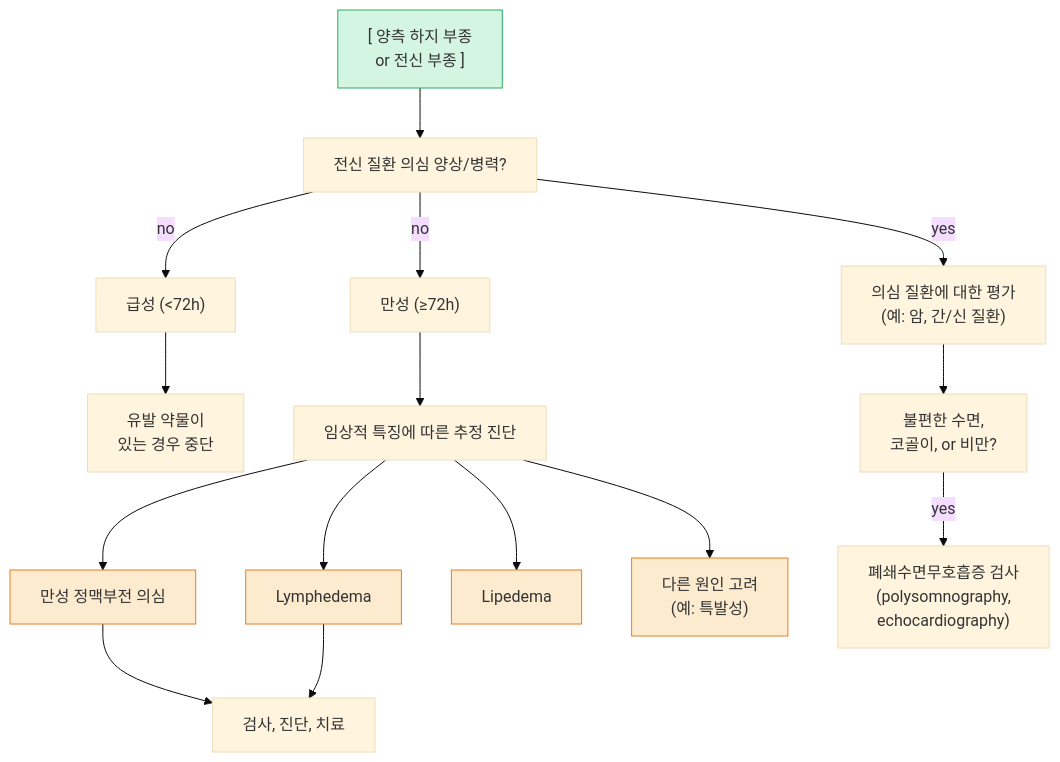
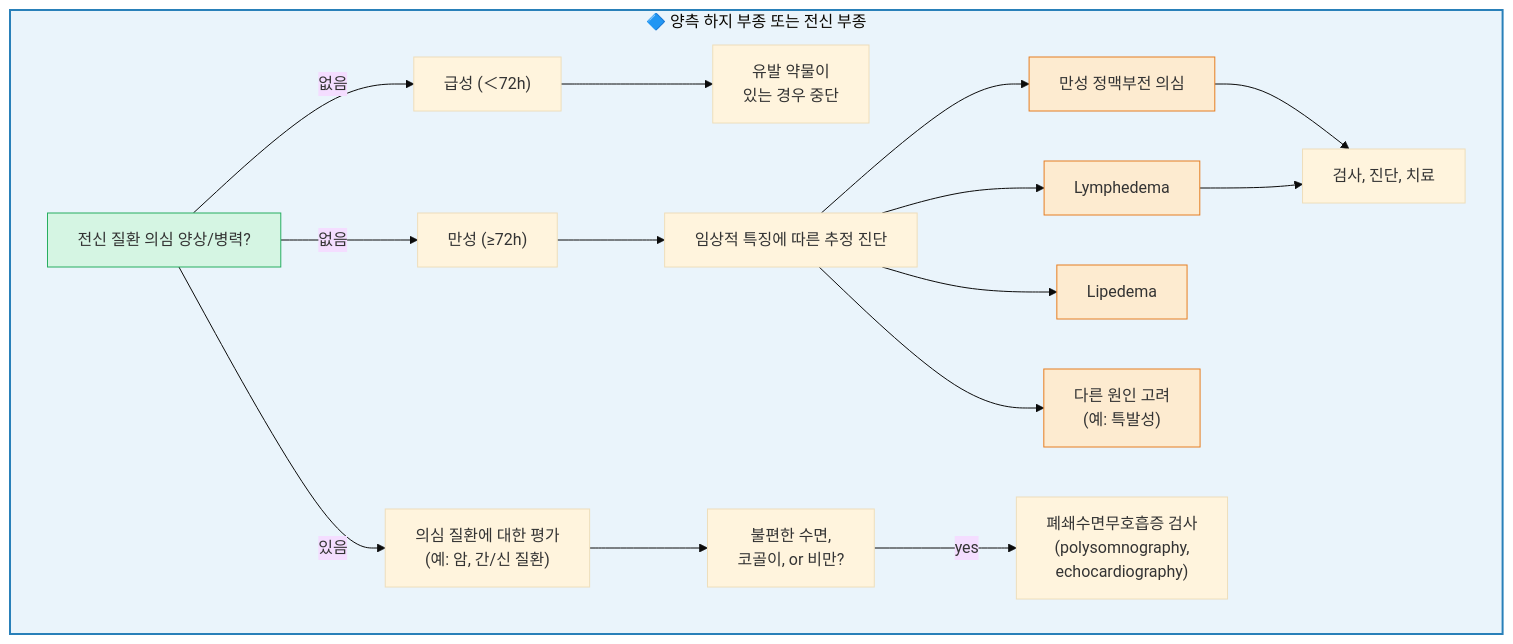
The third of 4 diagrams in 220_/012_-edema.md (familyoh77/familyoh77), drawn with Mermaid (base theme) before and after one commit. The commit also changed other lines of this file, not shown here.

````diff
--- a/220_/012_-edema.md
+++ b/220_/012_-edema.md
@@ -201,27 +225,31 @@
 ```mermaid
 graph TD
-    START["[ 양측 하지 부종 <br/>or 전신 부종 ]"] --> A["전신 질환 의심 양상/병력?"]
-    
-    A -- "no" --> B1["급성 (<72h)"]
-    A -- "no" --> B2["만성 (≥72h)"]
-    
-    B1 --> C1["유발 약물이<br/>있는 경우 중단"]
-    
-    B2 --> C2["임상적 특징에 따른 추정 진단"]
-    C2 --> D1["만성 정맥부전 의심"]
-    C2 --> D2["Lymphedema"]
-    C2 --> D3["Lipedema"]
-    C2 --> D4["다른 원인 고려<br/>(예: 특발성)"]
-    
-    D1 & D2 --> E1["검사, 진단, 치료"]
-    
-    A -- "yes" --> B3["의심 질환에 대한 평가<br/>(예: 암, 간/신 질환)"]
-    B3 --> C3["불편한 수면,<br/>코골이, or 비만?"]
-    C3 -- "yes" --> D5["폐쇄수면무호흡증 검사<br/>(polysomnography,<br/>echocardiography)"]
+    subgraph SG3["🔷 양측 하지 부종 또는 전신 부종"]
+        A3["전신 질환 의심 양상/병력?"]
+        A3 -- "없음" --> B3a["급성 (＜72h)"]
+        A3 -- "없음" --> B3b["만성 (≥72h)"]
+        B3a --> C3a["유발 약물이
+있는 경우 중단"]
+        B3b --> C3b["임상적 특징에 따른 추정 진단"]
+        C3b --> D3a["만성 정맥부전 의심"]
+        C3b --> D3b["Lymphedema"]
+        C3b --> D3c["Lipedema"]
+        C3b --> D3d["다른 원인 고려
+(예: 특발성)"]
+        D3a & D3b --> E3["검사, 진단, 치료"]
+        A3 -- "있음" --> B3c["의심 질환에 대한 평가
+(예: 암, 간/신 질환)"]
+        B3c --> C3c["불편한 수면,
+코골이, or 비만?"]
+        C3c -- "yes" --> D3e["폐쇄수면무호흡증 검사
+(polysomnography,
+echocardiography)"]
+    end
 
-style START fill:#d5f5e3,stroke:#27ae60
-style D1 fill:#fdebd0,stroke:#e67e22
-style D2 fill:#fdebd0,stroke:#e67e22
-style D3 fill:#fdebd0,stroke:#e67e22
-style D4 fill:#fdebd0,stroke:#e67e22
+    style SG3 fill:#eaf4fb,stroke:#2980b9,stroke-width:2px
+    style A3 fill:#d5f5e3,stroke:#27ae60
+    style D3a fill:#fdebd0,stroke:#e67e22
+    style D3b fill:#fdebd0,stroke:#e67e22
+    style D3c fill:#fdebd0,stroke:#e67e22
+    style D3d fill:#fdebd0,stroke:#e67e22
 ```
````
